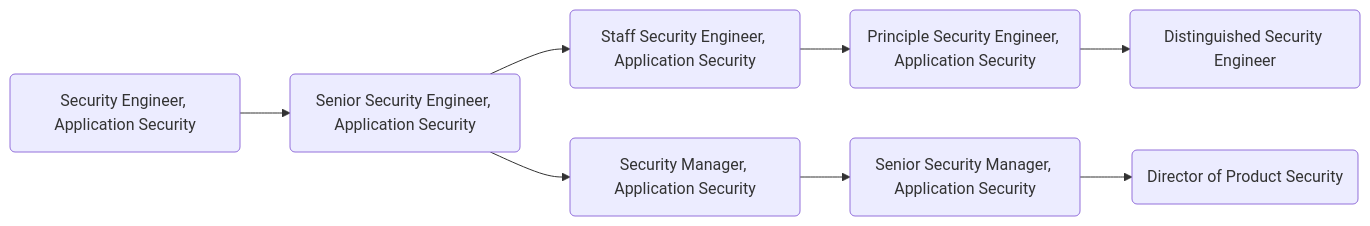
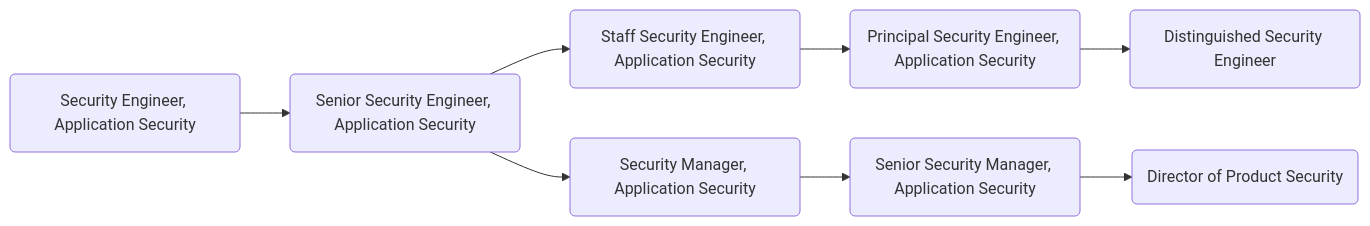
The diagram in content/job-families/security/application-security.md (zalyoung/gitlab-handbook), drawn with Mermaid before and after one commit.

Commit message:
Updated Principle to Principal

````diff
--- a/content/job-families/security/application-security.md
+++ b/content/job-families/security/application-security.md
@@ -214,10 +214,10 @@
 ```mermaid
   graph LR;
   sec:se(Security Engineer, Application Security) --> sec:sse(Senior Security Engineer, Application Security);
   sec:sse(Senior Security Engineer, Application Security) --> sec:stse(Staff Security Engineer, Application Security);
-  sec:stse(Staff Security Engineer, Application Security) --> sec:pse(Principle Security Engineer);
-  sec:pse(Principle Security Engineer, Application Security) --> sec:dse(Distinguished Security Engineer);
+  sec:stse(Staff Security Engineer, Application Security) --> sec:pse(Principal Security Engineer);
+  sec:pse(Principal Security Engineer, Application Security) --> sec:dse(Distinguished Security Engineer);
   sec:sse(Senior Security Engineer, Application Security)-->sec:sem(Security Manager, Application Security);
   sec:sem(Security Manager, Application Security)-->sec:sesm(Senior Security Manager, Application Security);
   sec:sesm(Senior Security Manager, Application Security)-->sec:ds(Director of Product Security);
 ```
````
